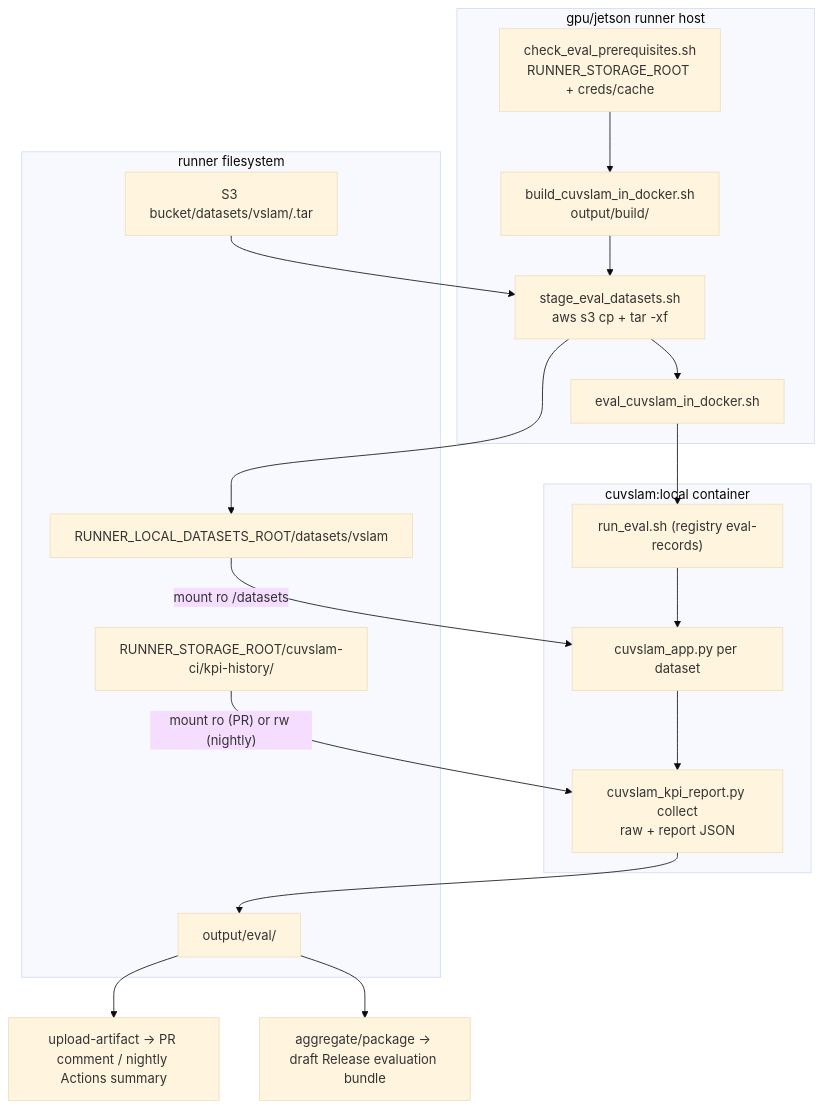
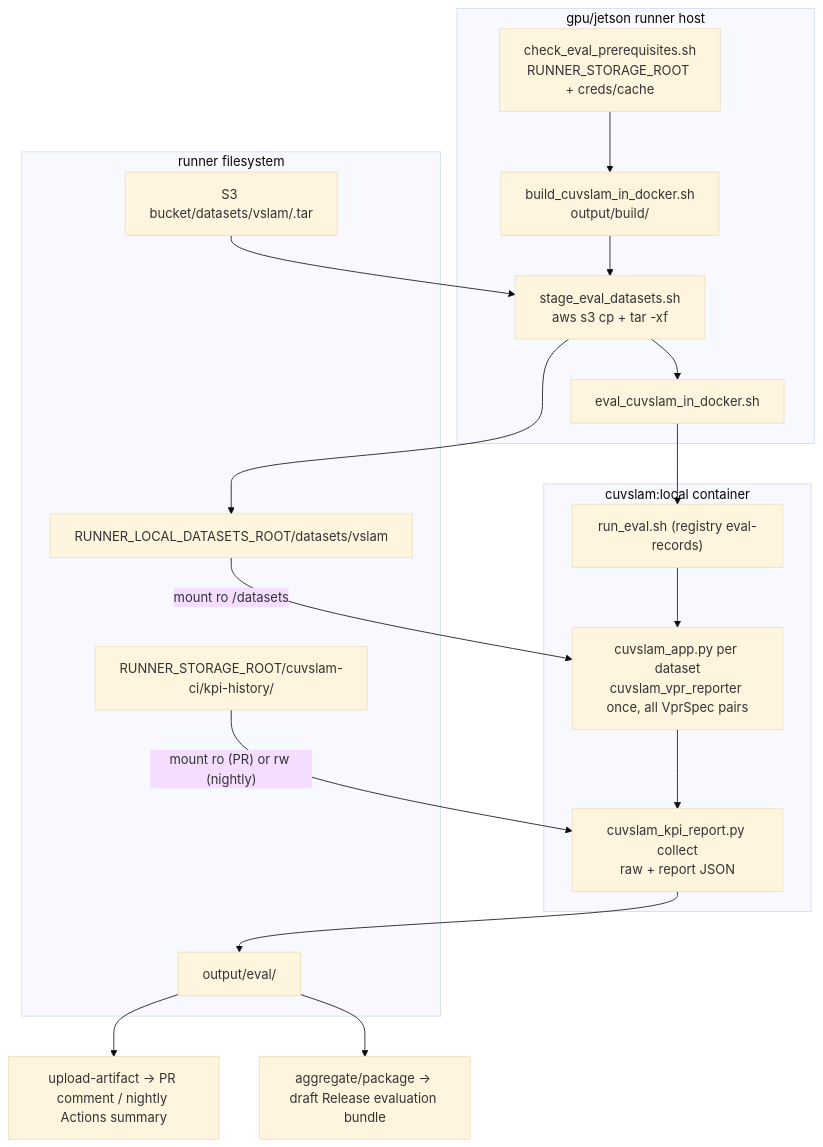
The diagram in cuvslam-skills/cuvslam-ci/reference.md (nvidia-isaac/cuVSLAM), drawn with Mermaid (base theme) before and after one commit. The commit also changed other lines of this file and 9 other files, not shown here.

````diff
--- a/cuvslam-skills/cuvslam-ci/reference.md
+++ b/cuvslam-skills/cuvslam-ci/reference.md
@@ -24,29 +24,29 @@
 ```mermaid
 flowchart TD
   subgraph host [gpu/jetson runner host]
     prereq["check_eval_prerequisites.sh\nRUNNER_STORAGE_ROOT + creds/cache"]
     build["build_cuvslam_in_docker.sh\noutput/build/"]
     stage["stage_eval_datasets.sh\naws s3 cp + tar -xf"]
     wrapper["eval_cuvslam_in_docker.sh"]
     prereq --> build --> stage --> wrapper
   end
   subgraph container [cuvslam:local container]
     inner["run_eval.sh (registry eval-records)"]
-    app["cuvslam_app.py per dataset"]
+    app["cuvslam_app.py per dataset\ncuvslam_vpr_reporter once, all VprSpec pairs"]
     kpi["cuvslam_kpi_report.py collect\nraw + report JSON"]
     inner --> app --> kpi
   end
   subgraph fs [runner filesystem]
     s3["S3 bucket/datasets/vslam/<name>.tar"]
     cache["RUNNER_LOCAL_DATASETS_ROOT/datasets/vslam"]
     history["RUNNER_STORAGE_ROOT/cuvslam-ci/kpi-history/<slug>"]
     out["output/eval/"]
   end
   s3 --> stage --> cache
   wrapper --> inner
   cache -->|"mount ro /datasets"| app
   history -->|"mount ro (PR) or rw (nightly)"| kpi
   kpi --> out
   out --> pub["upload-artifact -> PR comment / nightly Actions summary"]
   out --> release["aggregate/package -> draft Release evaluation bundle"]
 ```
````
